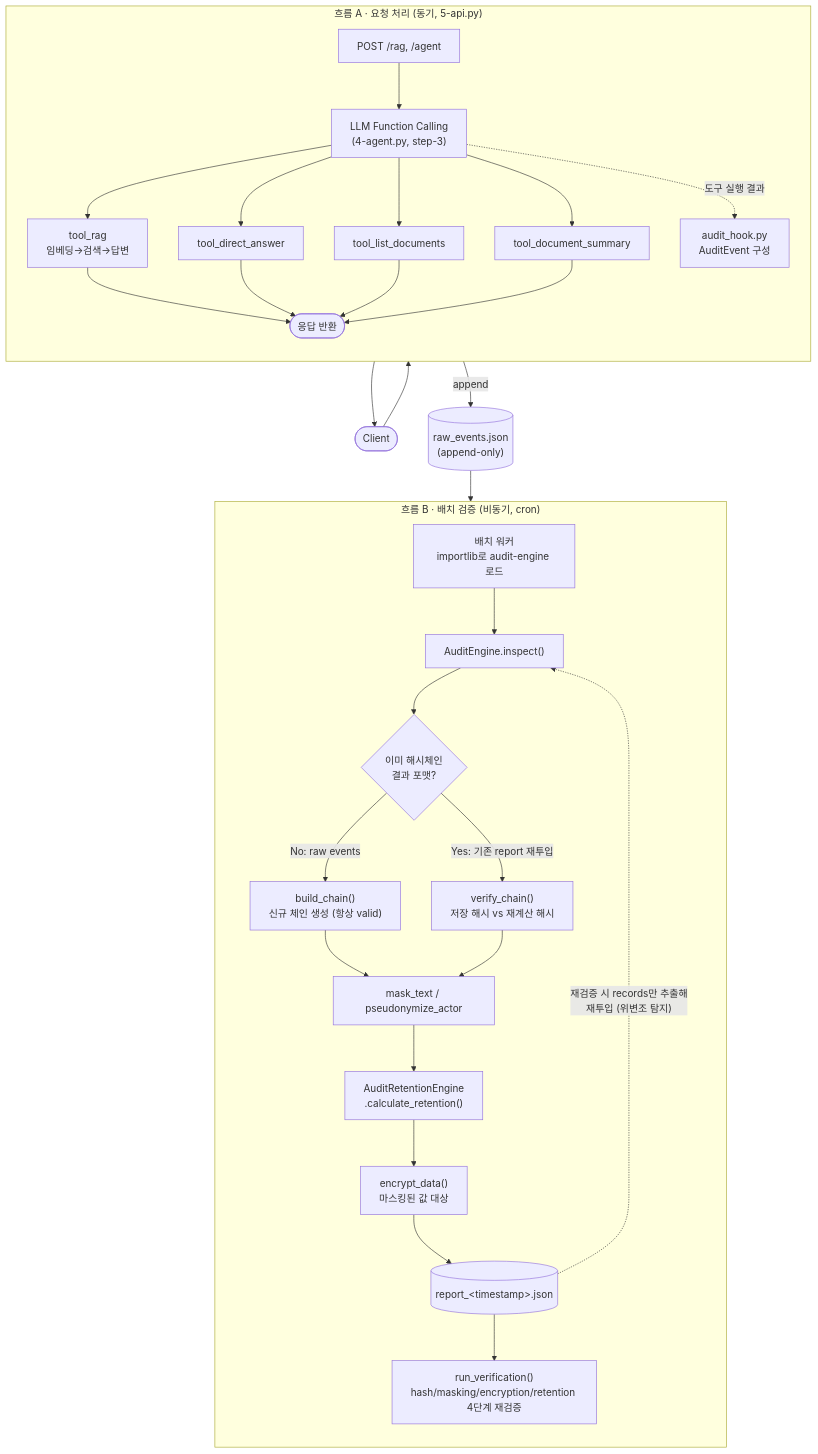
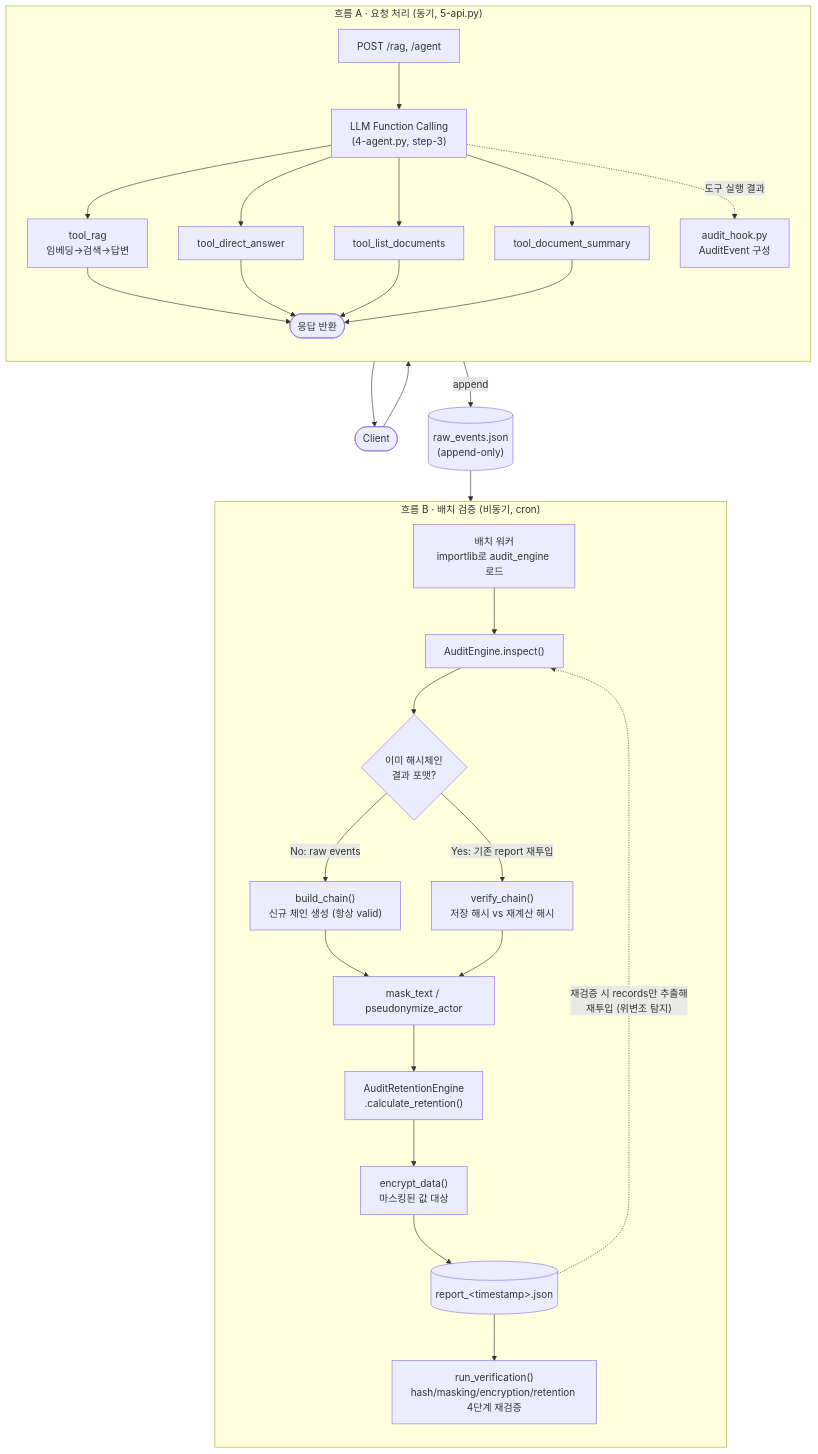
Before and after one commit to gjsldi1930-creator/rag-agent-audit-engine: the diagram in plan.md, drawn with Mermaid. The commit also changed other lines of this file and 17 other files, not shown here.

First line of the commit message:
audit-engine을 하이픈 워크어라운드 대신 정규 패키지(audit_engine)로 통일

````diff
--- a/plan.md
+++ b/plan.md
@@ -8,47 +8,47 @@
 ```mermaid
 flowchart TB
     Client([Client])
 
     subgraph SyncFlow["흐름 A · 요청 처리 (동기, 5-api.py)"]
         direction TB
         API["POST /rag, /agent"]
         LLMRoute["LLM Function Calling\n(4-agent.py, step-3)"]
         ToolRag["tool_rag\n임베딩→검색→답변"]
         ToolDirect["tool_direct_answer"]
         ToolList["tool_list_documents"]
         ToolSummary["tool_document_summary"]
         Hook["audit_hook.py\nAuditEvent 구성"]
         Resp([응답 반환])
     end
 
     RawEvents[("raw_events.json\n(append-only)")]
 
     subgraph BatchFlow["흐름 B · 배치 검증 (비동기, cron)"]
         direction TB
-        Batch["배치 워커\nimportlib로 audit-engine 로드"]
+        Batch["배치 워커\nimportlib로 audit_engine 로드"]
         Inspect["AuditEngine.inspect()"]
         FormatCheck{"이미 해시체인\n결과 포맷?"}
         Build["build_chain()\n신규 체인 생성 (항상 valid)"]
         Verify["verify_chain()\n저장 해시 vs 재계산 해시"]
         Mask["mask_text / pseudonymize_actor"]
         Retention["AuditRetentionEngine\n.calculate_retention()"]
         Encrypt["encrypt_data()\n마스킹된 값 대상"]
         Report[("report_&lt;timestamp&gt;.json")]
         RunVerify["run_verification()\nhash/masking/encryption/retention 4단계 재검증"]
     end
 
     Client --> API --> LLMRoute
     LLMRoute --> ToolRag & ToolDirect & ToolList & ToolSummary
     ToolRag & ToolDirect & ToolList & ToolSummary --> Resp --> Client
     LLMRoute -. 도구 실행 결과 .-> Hook
     Hook -->|append| RawEvents
 
     RawEvents --> Batch --> Inspect --> FormatCheck
     FormatCheck -->|No: raw events| Build
     FormatCheck -->|Yes: 기존 report 재투입| Verify
     Build --> Mask
     Verify --> Mask
     Mask --> Retention --> Encrypt --> Report
     Report --> RunVerify
     Report -. 재검증 시 records만 추출해\n재투입 (위변조 탐지) .-> Inspect
 ```
````
